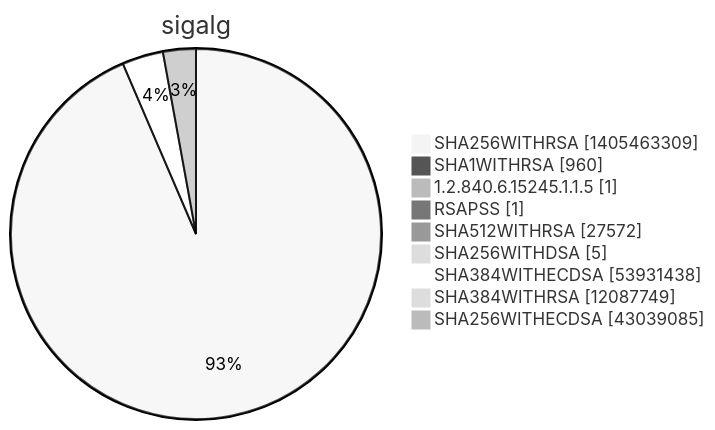
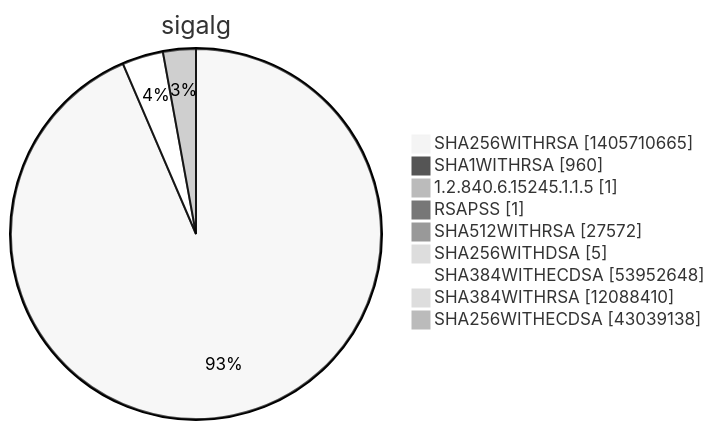
Before and after one commit to christiankrug/ctmonitor_visualization: diagram 15 of 15 in argon2022/README.md, drawn with Mermaid (neutral theme). The commit also changed other lines of this file, not shown here.

````diff
--- a/argon2022/README.md
+++ b/argon2022/README.md
@@ -5524,13 +5524,13 @@
 ```mermaid
 pie showData
 title sigalg
-"SHA256WITHRSA" :1405463309
+"SHA256WITHRSA" :1405710665
 "SHA1WITHRSA" :960
 "1.2.840.6.15245.1.1.5" :1
 "RSAPSS" :1
 "SHA512WITHRSA" :27572
 "SHA256WITHDSA" :5
-"SHA384WITHECDSA" :53931438
-"SHA384WITHRSA" :12087749
-"SHA256WITHECDSA" :43039085
+"SHA384WITHECDSA" :53952648
+"SHA384WITHRSA" :12088410
+"SHA256WITHECDSA" :43039138
 ```
````
